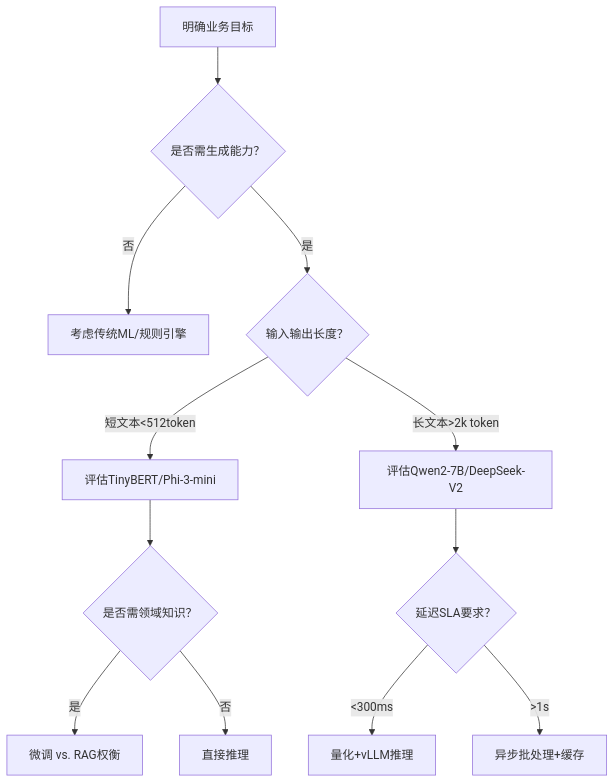
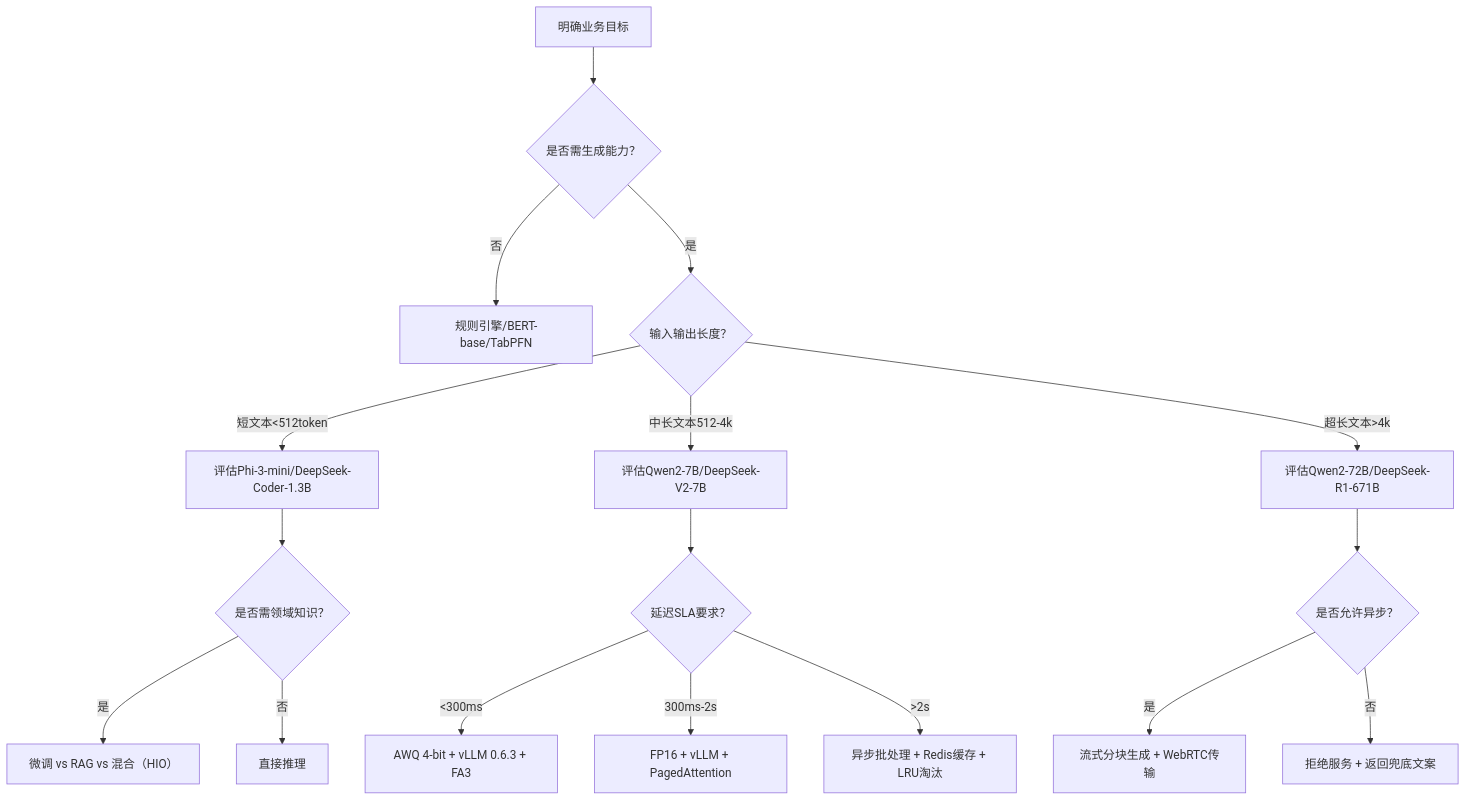
Before and after one commit to liuwei1993/ai-llm-agent-knowledge: the first of 2 diagrams in 04-模型对比与选择/模型选型方法论.md, drawn with Mermaid. The commit also changed other lines of this file and 2 other files, not shown here.

````diff
--- a/04-模型对比与选择/模型选型方法论.md
+++ b/04-模型对比与选择/模型选型方法论.md
@@ -29,14 +29,19 @@
 ```mermaid
 graph TD
     A[明确业务目标] --> B{是否需生成能力？}
-    B -->|否| C[考虑传统ML/规则引擎]
+    B -->|否| C[规则引擎/BERT-base/TabPFN]
     B -->|是| D{输入输出长度？}
-    D -->|短文本<512token| E[评估TinyBERT/Phi-3-mini]
-    D -->|长文本>2k token| F[评估Qwen2-7B/DeepSeek-V2]
-    E --> G{是否需领域知识？}
-    G -->|是| H[微调 vs. RAG权衡]
-    G -->|否| I[直接推理]
-    F --> J{延迟SLA要求？}
-    J -->|<300ms| K[量化+vLLM推理]
-    J -->|>1s| L[异步批处理+缓存]
+    D -->|短文本<512token| E[评估Phi-3-mini/DeepSeek-Coder-1.3B]
+    D -->|中长文本512-4k| F[评估Qwen2-7B/DeepSeek-V2-7B]
+    D -->|超长文本>4k| G[评估Qwen2-72B/DeepSeek-R1-671B]
+    E --> H{是否需领域知识？}
+    H -->|是| I[微调 vs RAG vs 混合（HIO）]
+    H -->|否| J[直接推理]
+    F --> K{延迟SLA要求？}
+    K -->|<300ms| L[AWQ 4-bit + vLLM 0.6.3 + FA3]
+    K -->|300ms-2s| M[FP16 + vLLM + PagedAttention]
+    K -->|>2s| N[异步批处理 + Redis缓存 + LRU淘汰]
+    G --> O{是否允许异步？}
+    O -->|是| P[流式分块生成 + WebRTC传输]
+    O -->|否| Q[拒绝服务 + 返回兜底文案]
 ```
````
